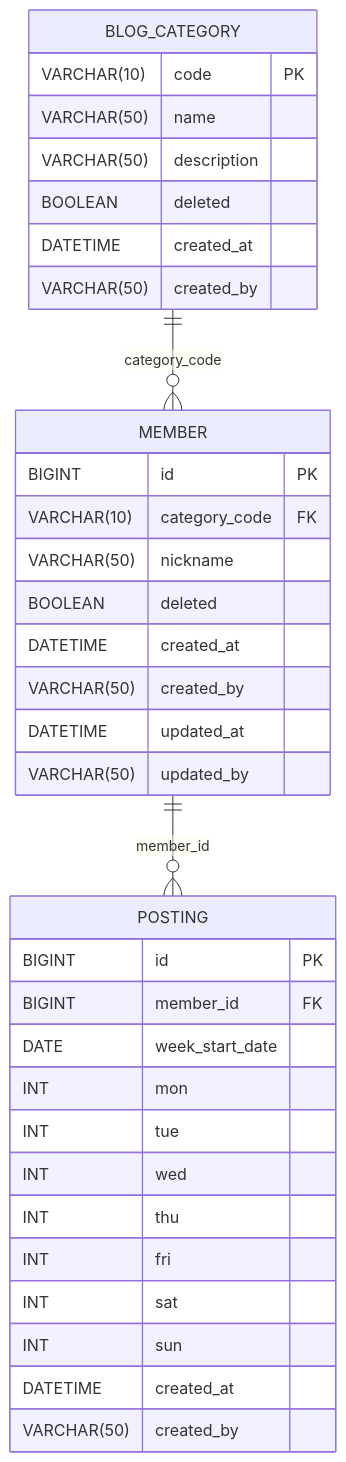
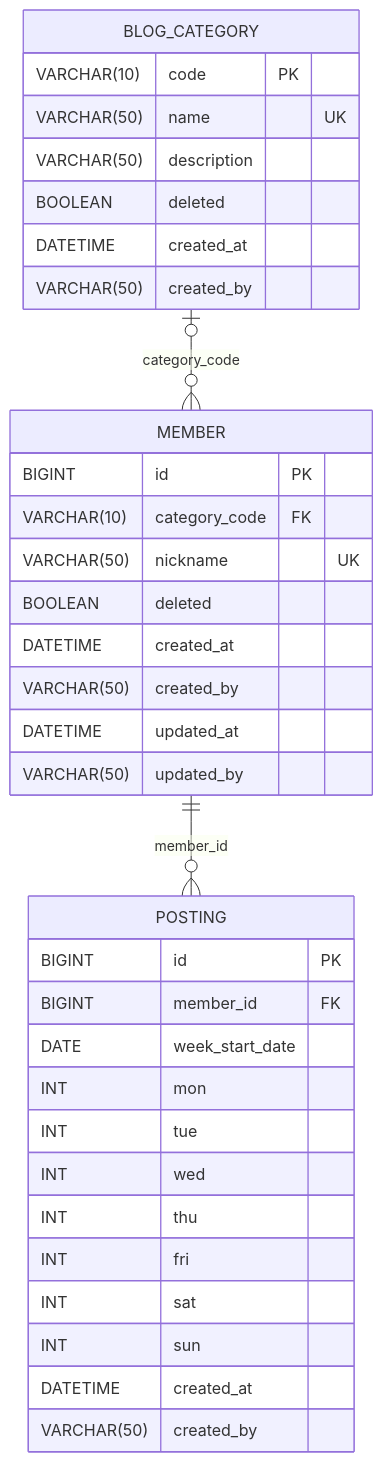
Before and after one commit to leejk0924/amazon2-backend: the diagram in docs/ERD.md, drawn with Mermaid. The commit also changed 2 other files, not shown here.

Commit message:
Refactor: ERD 설계 문서와 DB 스키마 동기화
- update: ERD.md Unique Key 표기 및 관계선 수정 (Mandatory -> Optional)
- update: schema.sql 컬럼 순서를 ERD와 일치하도록 재정렬
- docs: 설계 문서와 실제 DDL 간의 정합성 확보 및 가독성 개선

````diff
--- a/docs/ERD.md
+++ b/docs/ERD.md
@@ -3,41 +3,41 @@
 ```mermaid
 erDiagram
 
     BLOG_CATEGORY {
         VARCHAR(10) code PK
-        VARCHAR(50) name
+        VARCHAR(50) name "UK"
         VARCHAR(50) description
         BOOLEAN deleted
         DATETIME created_at
         VARCHAR(50) created_by
     }
 
     MEMBER {
         BIGINT id PK
         VARCHAR(10) category_code FK
-        VARCHAR(50) nickname
+        VARCHAR(50) nickname "UK"
         BOOLEAN deleted
         DATETIME created_at
         VARCHAR(50) created_by
         DATETIME updated_at
         VARCHAR(50) updated_by
     }
 
     POSTING {
         BIGINT id PK
         BIGINT member_id FK
         DATE week_start_date
         INT mon
         INT tue
         INT wed
         INT thu
         INT fri
         INT sat
         INT sun
         DATETIME created_at
         VARCHAR(50) created_by
     }
 
-    BLOG_CATEGORY ||--o{ MEMBER : "category_code"
+    BLOG_CATEGORY |o--o{ MEMBER : "category_code"
     MEMBER ||--o{ POSTING : "member_id"
 ```
````
